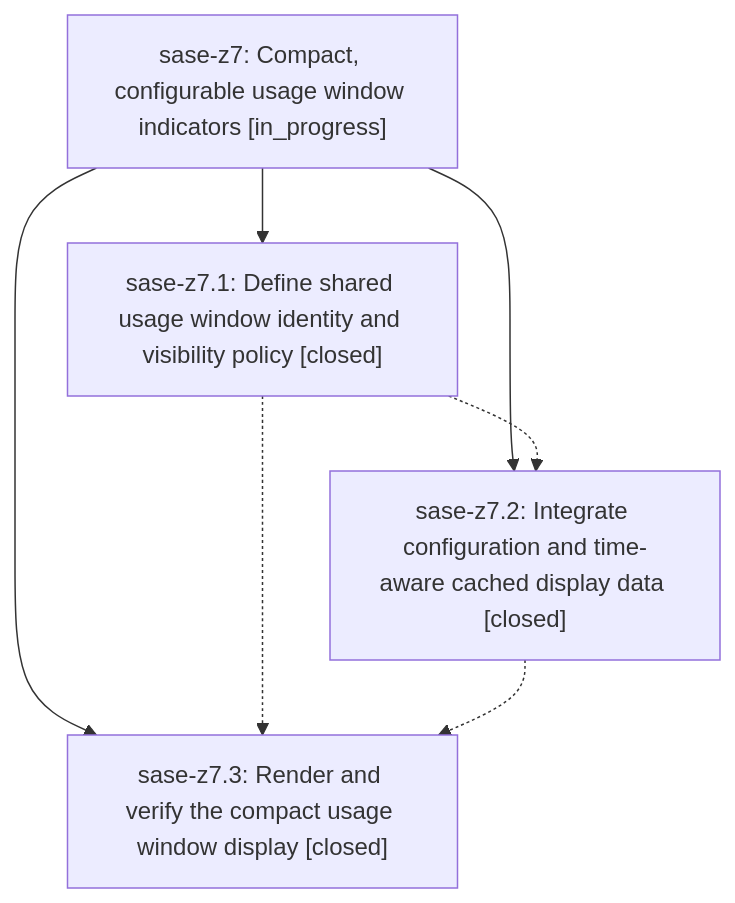
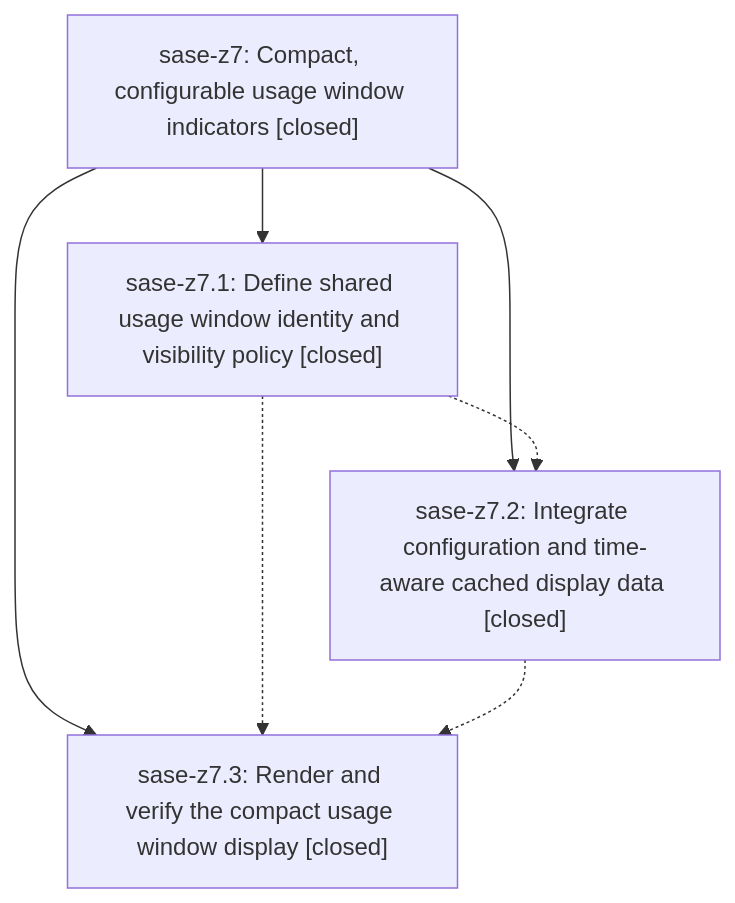
The diagram in pages/sase-z7/README.md (sase-org/sase--beads), drawn with Mermaid before and after one commit. The commit also changed other lines of this file, not shown here.

First line of the commit message:
chore(beads): sync bead state and pages for sase-z7

````diff
--- a/pages/sase-z7/README.md
+++ b/pages/sase-z7/README.md
@@ -36,13 +62,13 @@
 ```mermaid
 flowchart TD
-    n0["sase-z7: Compact, configurable usage window indicators [in_progress]"]
+    n0["sase-z7: Compact, configurable usage window indicators [closed]"]
     n1["sase-z7.1: Define shared usage window identity and visibility policy [closed]"]
     n2["sase-z7.2: Integrate configuration and time-aware cached display data [closed]"]
     n3["sase-z7.3: Render and verify the compact usage window display [closed]"]
     n0 --> n1
     n0 --> n2
     n0 --> n3
     n1 -.-> n2
     n1 -.-> n3
     n2 -.-> n3
 ```
````
